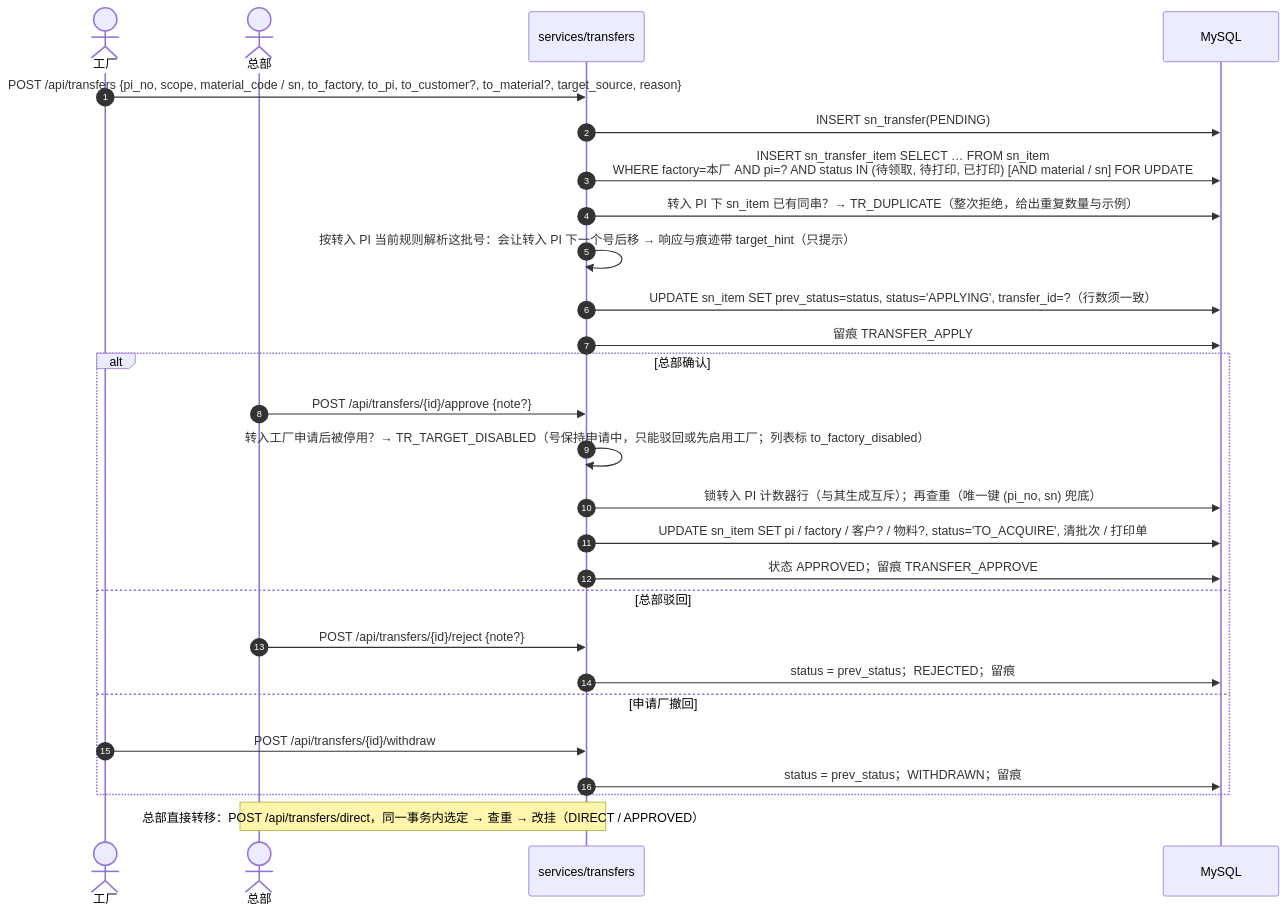
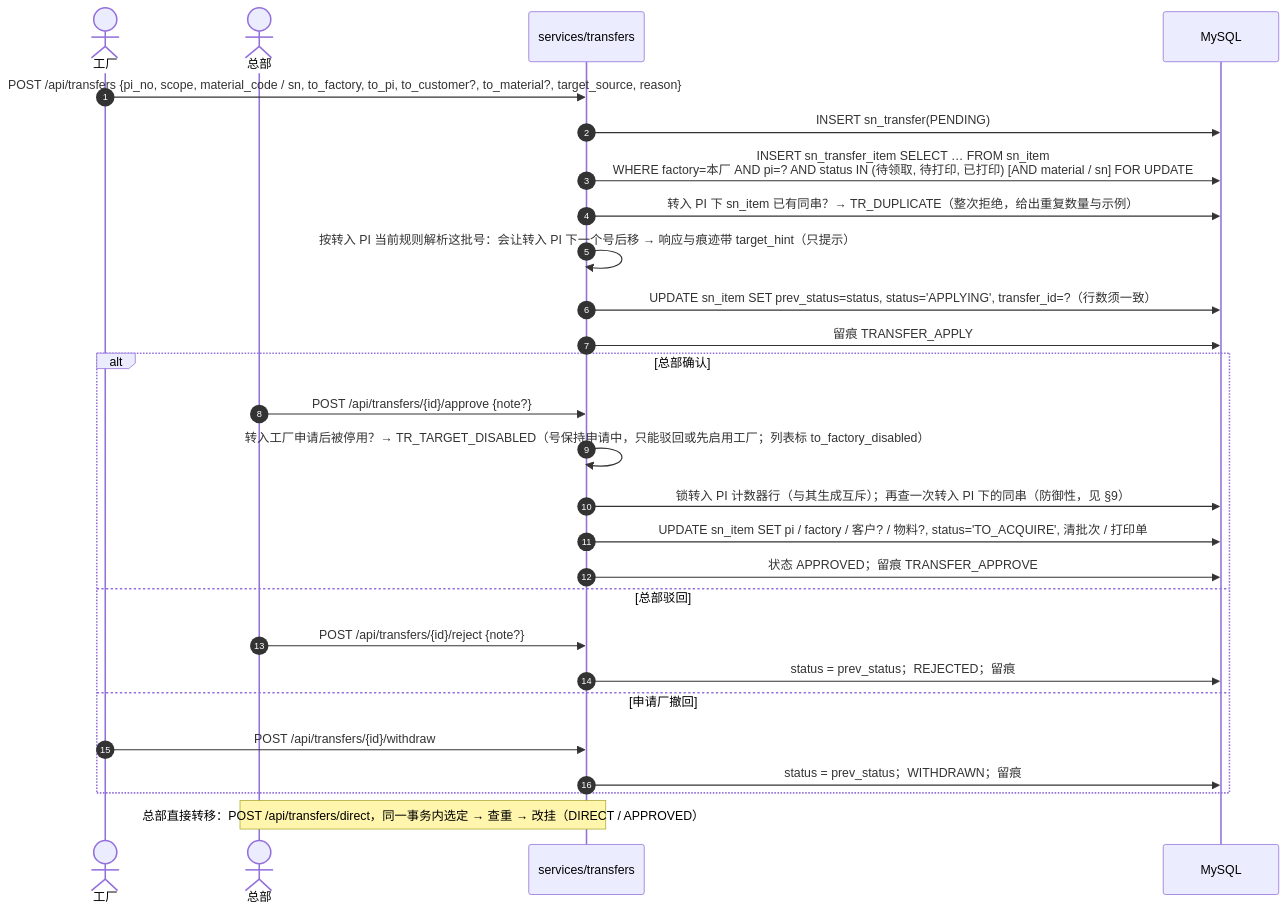
Before and after one commit to Createsnow/sn-center: diagram 12 of 13 in docs/技术文档.md, drawn with Mermaid. The commit also changed other lines of this file and 25 other files, not shown here.

First line of the commit message:
文档：逐个功能对照代码校对并更新全部文档、配图与 Word 版

````diff
--- a/docs/技术文档.md
+++ b/docs/技术文档.md
@@ -408,29 +417,29 @@
 ```mermaid
 sequenceDiagram
     autonumber
     actor F as 工厂
     actor H as 总部
     participant T as services/transfers
     participant DB as MySQL
     F->>T: POST /api/transfers {pi_no, scope, material_code / sn, to_factory, to_pi, to_customer?, to_material?, target_source, reason}
     T->>DB: INSERT sn_transfer(PENDING)
     T->>DB: INSERT sn_transfer_item SELECT … FROM sn_item<br/>WHERE factory=本厂 AND pi=? AND status IN (待领取, 待打印, 已打印) [AND material / sn] FOR UPDATE
     T->>DB: 转入 PI 下 sn_item 已有同串？→ TR_DUPLICATE（整次拒绝，给出重复数量与示例）
     T->>T: 按转入 PI 当前规则解析这批号：会让转入 PI 下一个号后移 → 响应与痕迹带 target_hint（只提示）
     T->>DB: UPDATE sn_item SET prev_status=status, status='APPLYING', transfer_id=?（行数须一致）
     T->>DB: 留痕 TRANSFER_APPLY
     alt 总部确认
         H->>T: POST /api/transfers/{id}/approve {note?}
         T->>T: 转入工厂申请后被停用？→ TR_TARGET_DISABLED（号保持申请中，只能驳回或先启用工厂；列表标 to_factory_disabled）
-        T->>DB: 锁转入 PI 计数器行（与其生成互斥）；再查重（唯一键 (pi_no, sn) 兜底）
+        T->>DB: 锁转入 PI 计数器行（与其生成互斥）；再查一次转入 PI 下的同串（防御性，见 §9）
         T->>DB: UPDATE sn_item SET pi / factory / 客户? / 物料?, status='TO_ACQUIRE', 清批次 / 打印单
         T->>DB: 状态 APPROVED；留痕 TRANSFER_APPROVE
     else 总部驳回
         H->>T: POST /api/transfers/{id}/reject {note?}
         T->>DB: status = prev_status；REJECTED；留痕
     else 申请厂撤回
         F->>T: POST /api/transfers/{id}/withdraw
         T->>DB: status = prev_status；WITHDRAWN；留痕
     end
     Note over H,T: 总部直接转移：POST /api/transfers/direct，同一事务内选定 → 查重 → 改挂（DIRECT / APPROVED）
 ```
````
